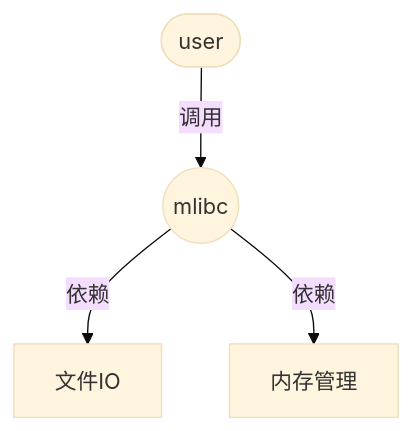
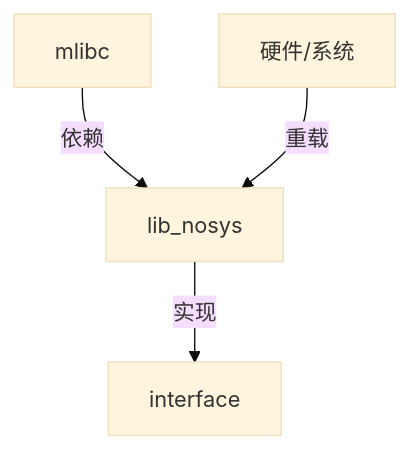
The second of 2 diagrams in ARCH.md (plctlab/mlibc), drawn with Mermaid (base theme) before and after one commit. The commit also changed other lines of this file and 37 other files, not shown here.

````diff
--- a/ARCH.md
+++ b/ARCH.md
@@ -70,8 +56,6 @@
 ```mermaid
 flowchart TD
-user([user])
-user--调用-->mlibc
-mlibc((mlibc))
-mlibc--依赖-->文件IO
-mlibc--依赖-->内存管理
+mlibc--依赖-->lib_nosys
+硬件/系统--重载-->lib_nosys
+lib_nosys--实现-->interface
 ```
````
